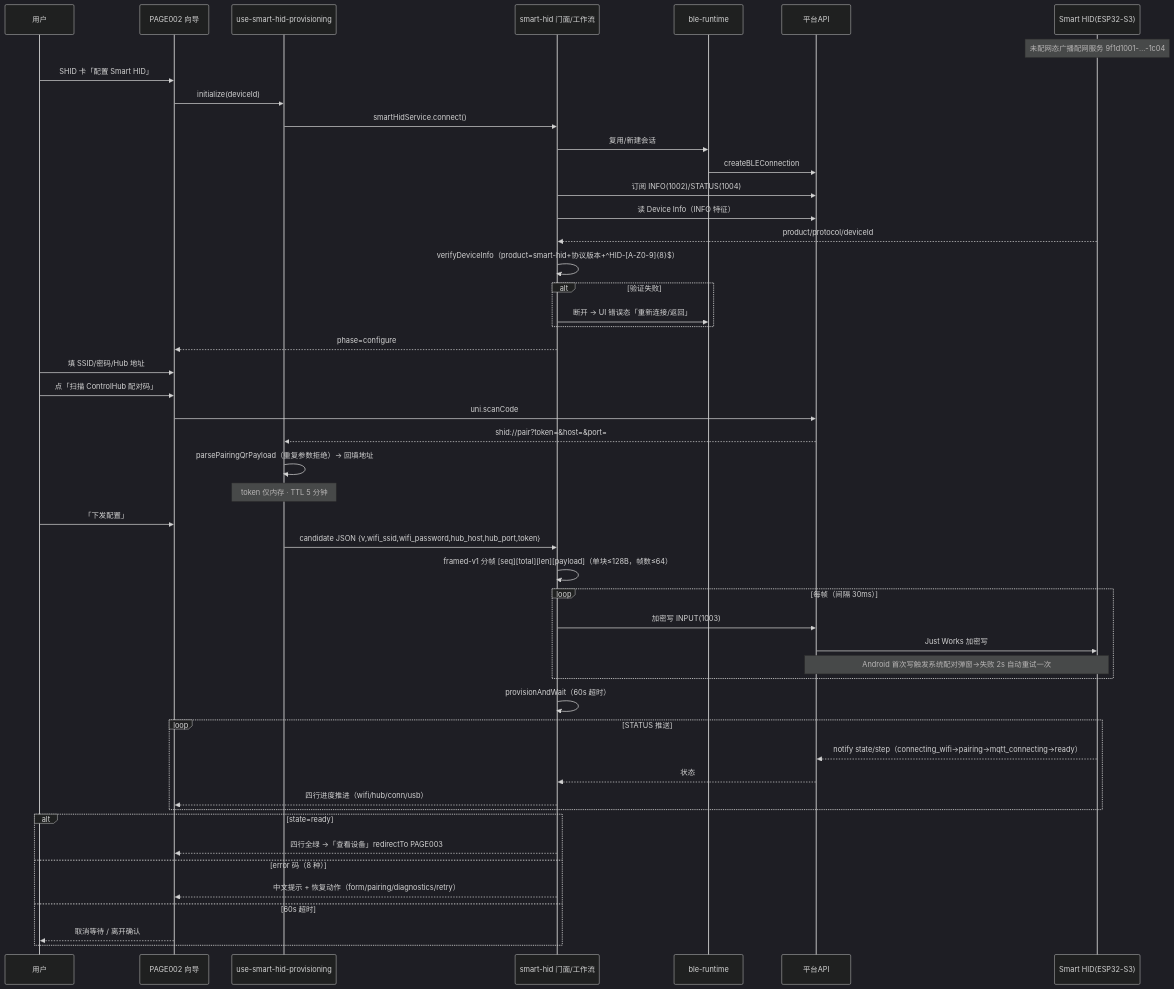
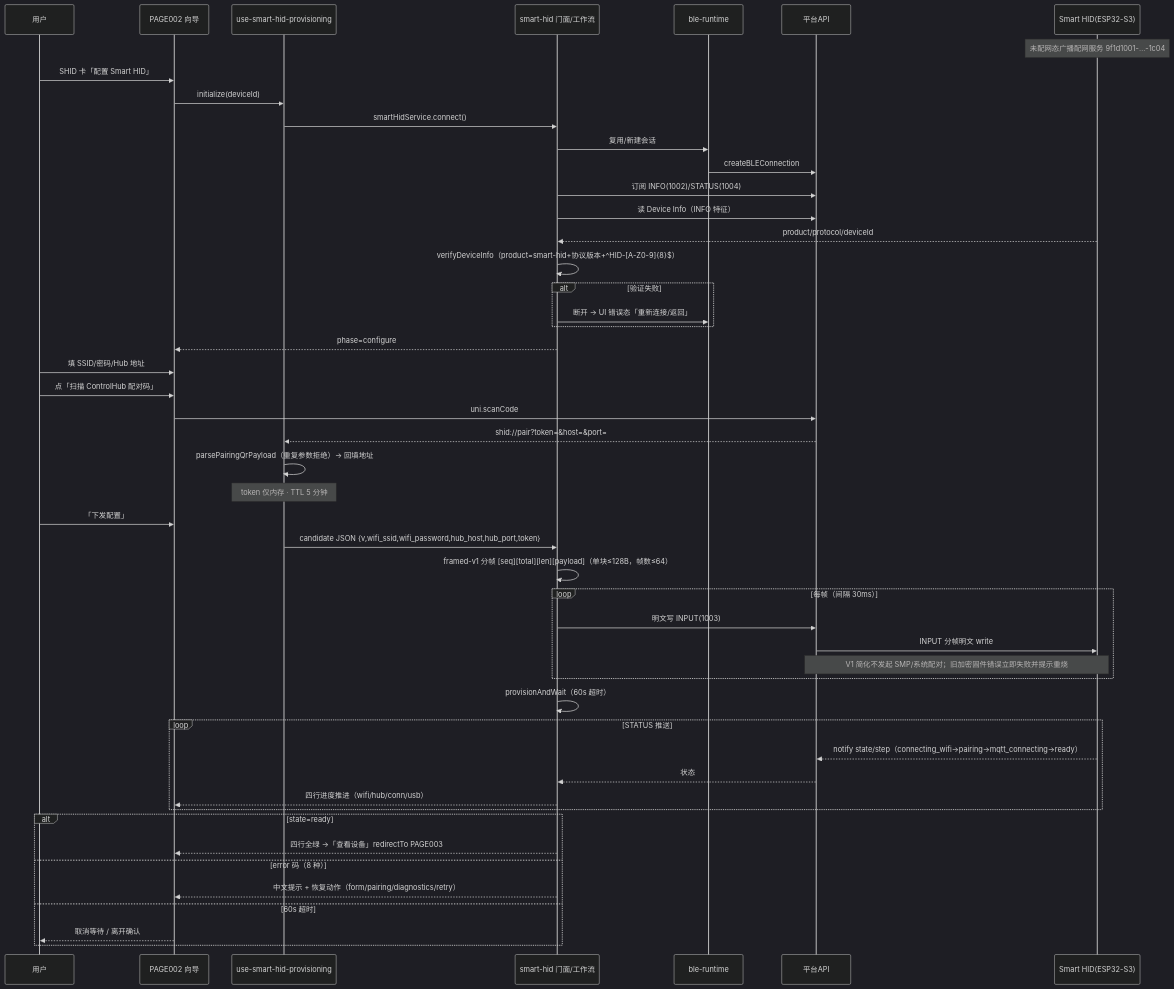
Before and after one commit to LuoYaoSheng/smart-ble: the fifth of 8 diagrams in docs/specs/05_sequence/SEQUENCE_DIAGRAMS.md, drawn with Mermaid (dark theme). The commit also changed 51 other files, not shown here.

````diff
--- a/docs/specs/05_sequence/SEQUENCE_DIAGRAMS.md
+++ b/docs/specs/05_sequence/SEQUENCE_DIAGRAMS.md
@@ -127,52 +127,52 @@
 ```mermaid
 sequenceDiagram
     participant U as 用户
     participant UI as PAGE002 向导
     participant CO as use-smart-hid-provisioning
     participant SH as smart-hid 门面/工作流
     participant RT as ble-runtime
     participant WX as 平台API
     participant D as Smart HID(ESP32-S3)
 
     Note over D: 未配网态广播配网服务 9f1d1001-…-1c04
     U->>UI: SHID 卡「配置 Smart HID」
     UI->>CO: initialize(deviceId)
     CO->>SH: smartHidService.connect()
     SH->>RT: 复用/新建会话
     RT->>WX: createBLEConnection
     SH->>WX: 订阅 INFO(1002)/STATUS(1004)
     SH->>WX: 读 Device Info（INFO 特征）
     D-->>SH: product/protocol/deviceId
     SH->>SH: verifyDeviceInfo（product=smart-hid+协议版本+^HID-[A-Z0-9]{8}$）
     alt 验证失败
         SH->>RT: 断开 → UI 错误态「重新连接/返回」
     end
     SH-->>UI: phase=configure
     U->>UI: 填 SSID/密码/Hub 地址
     U->>UI: 点「扫描 ControlHub 配对码」
     UI->>WX: uni.scanCode
     WX-->>CO: shid://pair?token=&host=&port=
     CO->>CO: parsePairingQrPayload（重复参数拒绝）→ 回填地址
     Note over CO: token 仅内存 · TTL 5 分钟
     U->>UI: 「下发配置」
     CO->>SH: candidate JSON {v,wifi_ssid,wifi_password,hub_host,hub_port,token}
     SH->>SH: framed-v1 分帧 [seq][total][len][payload]（单块≤128B，帧数≤64）
     loop 每帧（间隔 30ms）
-        SH->>WX: 加密写 INPUT(1003)
-        WX->>D: Just Works 加密写
-        Note over WX,D: Android 首次写触发系统配对弹窗→失败 2s 自动重试一次
+        SH->>WX: 明文写 INPUT(1003)
+        WX->>D: INPUT 分帧明文 write
+        Note over WX,D: V1 简化不发起 SMP/系统配对；旧加密固件错误立即失败并提示重烧
     end
     SH->>SH: provisionAndWait（60s 超时）
     loop STATUS 推送
         D-->>WX: notify state/step（connecting_wifi→pairing→mqtt_connecting→ready）
         WX-->>SH: 状态
         SH-->>UI: 四行进度推进（wifi/hub/conn/usb）
     end
     alt state=ready
         SH-->>UI: 四行全绿 →「查看设备」redirectTo PAGE003
     else error 码（8 种）
         SH-->>UI: 中文提示 + 恢复动作（form/pairing/diagnostics/retry）
     else 60s 超时
         UI-->>U: 取消等待 / 离开确认
     end
 ```
````
